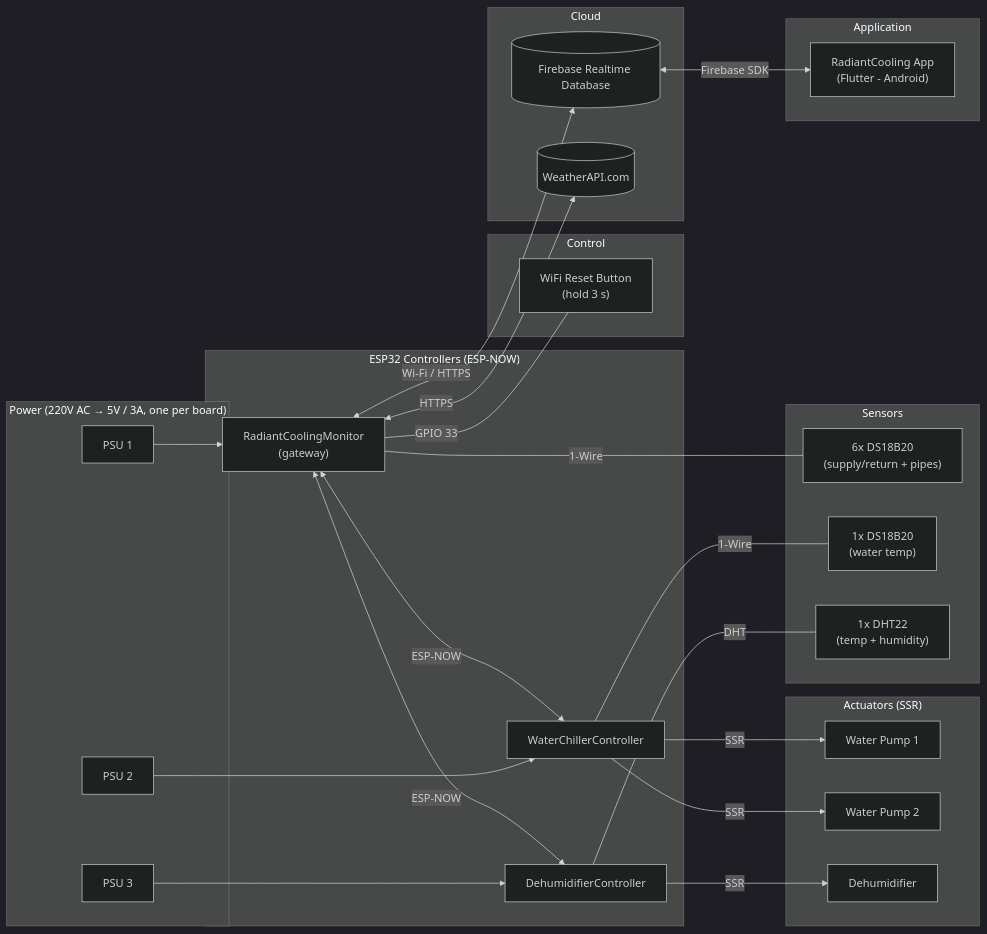
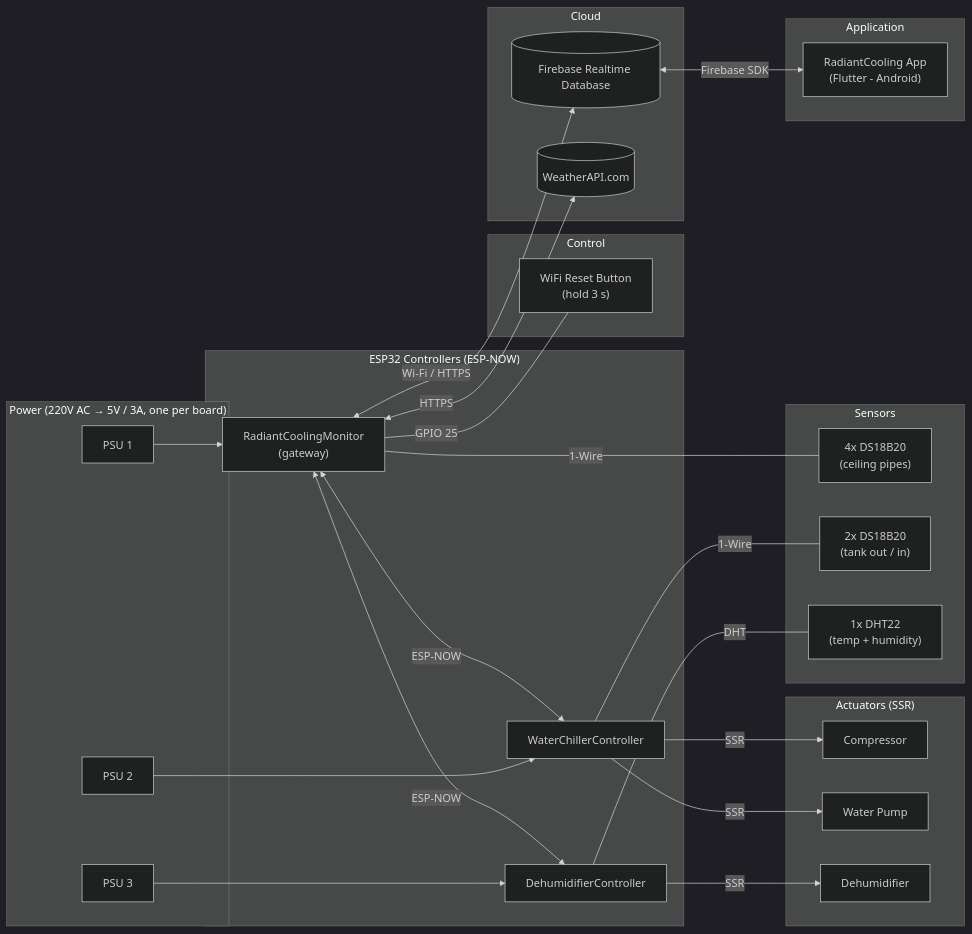
Before and after one commit to qppd/radiant-cooling: the diagram in docs/diagrams/block-diagram.md, drawn with Mermaid (dark theme). The commit also changed other lines of this file and 21 other files, not shown here.

````diff
--- a/docs/diagrams/block-diagram.md
+++ b/docs/diagrams/block-diagram.md
@@ -17,59 +17,59 @@
 ```mermaid
 flowchart LR
     subgraph PWR["Power (220V AC → 5V / 3A, one per board)"]
         PS1["PSU 1"]
         PS2["PSU 2"]
         PS3["PSU 3"]
     end
 
     subgraph CTRL["ESP32 Controllers (ESP-NOW)"]
         GW["RadiantCoolingMonitor<br/>(gateway)"]
         WCC["WaterChillerController"]
         DHC["DehumidifierController"]
     end
 
     subgraph SEN["Sensors"]
-        T6["6x DS18B20<br/>(supply/return + pipes)"]
-        T1["1x DS18B20<br/>(water temp)"]
+        T6["4x DS18B20<br/>(ceiling pipes)"]
+        T1["2x DS18B20<br/>(tank out / in)"]
         DHT["1x DHT22<br/>(temp + humidity)"]
     end
 
     subgraph BTN["Control"]
         RESET["WiFi Reset Button<br/>(hold 3 s)"]
     end
 
     subgraph ACT["Actuators (SSR)"]
-        P1["Water Pump 1"]
-        P2["Water Pump 2"]
+        P1["Compressor"]
+        P2["Water Pump"]
         DHU["Dehumidifier"]
     end
 
     subgraph CLOUD["Cloud"]
         FB[("Firebase Realtime Database")]
         WX[("WeatherAPI.com")]
     end
 
     subgraph APP["Application"]
         UI["RadiantCooling App<br/>(Flutter - Android)"]
     end
 
     PS1 --> GW
     PS2 --> WCC
     PS3 --> DHC
 
     GW <-->|"ESP-NOW"| WCC
     GW <-->|"ESP-NOW"| DHC
 
     GW ---|"1-Wire"| T6
-    GW ---|"GPIO 33"| RESET
+    GW ---|"GPIO 25"| RESET
     WCC ---|"1-Wire"| T1
     DHC ---|"DHT"| DHT
 
     WCC -->|"SSR"| P1
     WCC -->|"SSR"| P2
     DHC -->|"SSR"| DHU
 
     GW <-->|"Wi-Fi / HTTPS"| FB
     GW <-->|"HTTPS"| WX
     FB <-->|"Firebase SDK"| UI
 ```
````
